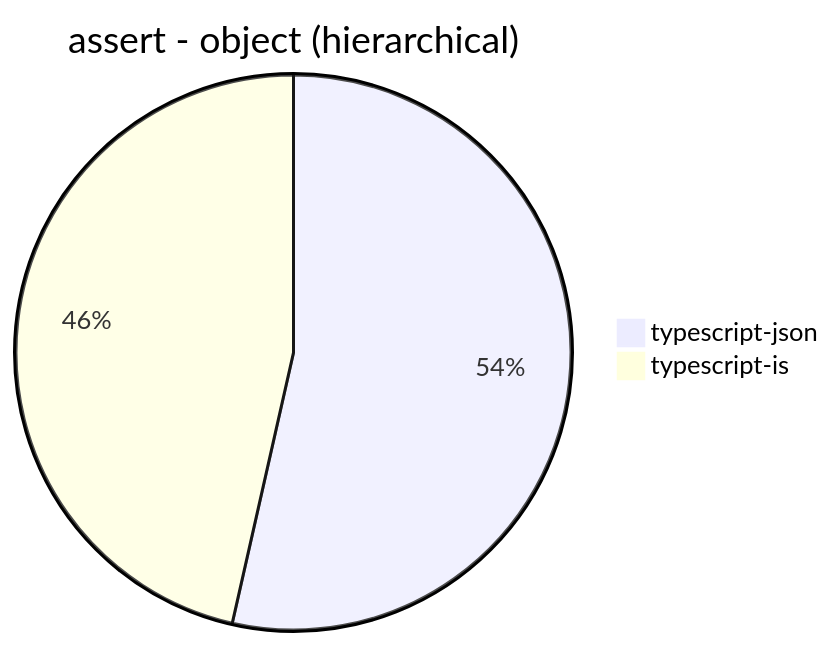
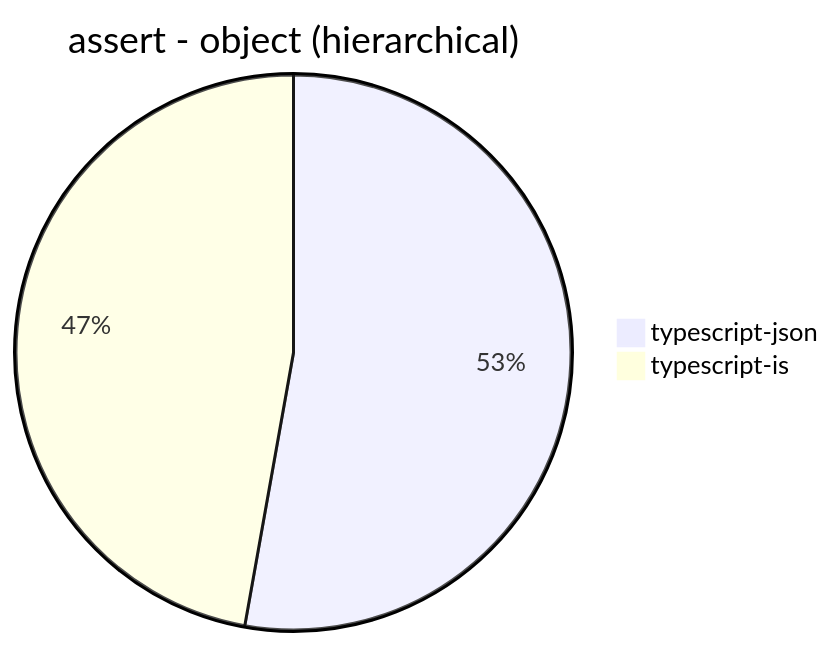
The first of 30 diagrams in benchmark/results/Apple M1 Pro.md (samchon/typia), drawn with Mermaid before and after one commit. The commit also changed other lines of this file, not shown here.

````diff
--- a/benchmark/results/Apple M1 Pro.md
+++ b/benchmark/results/Apple M1 Pro.md
@@ -17,5 +17,5 @@
 ```mermaid
 pie title assert - object (hierarchical)
-  "typescript-json": 26326.989305782125
-  "typescript-is": 22844.272612839417
+  "typescript-json": 30499.542375983892
+  "typescript-is": 27254.499181966912
 ```
````
